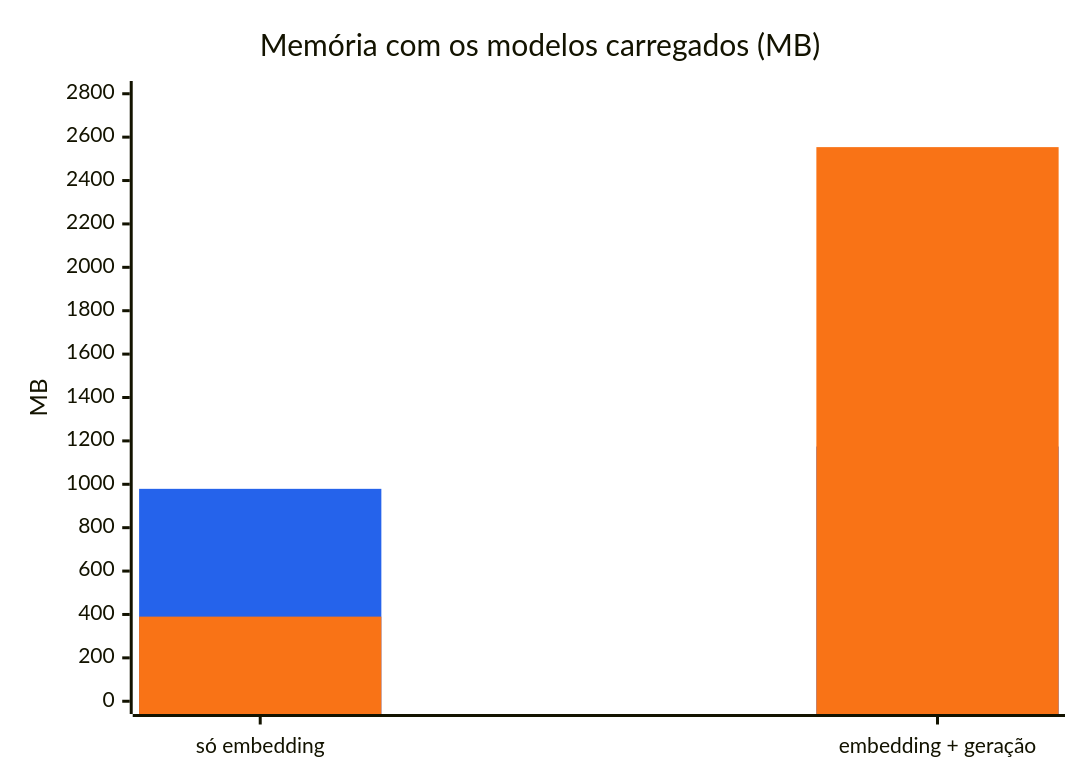
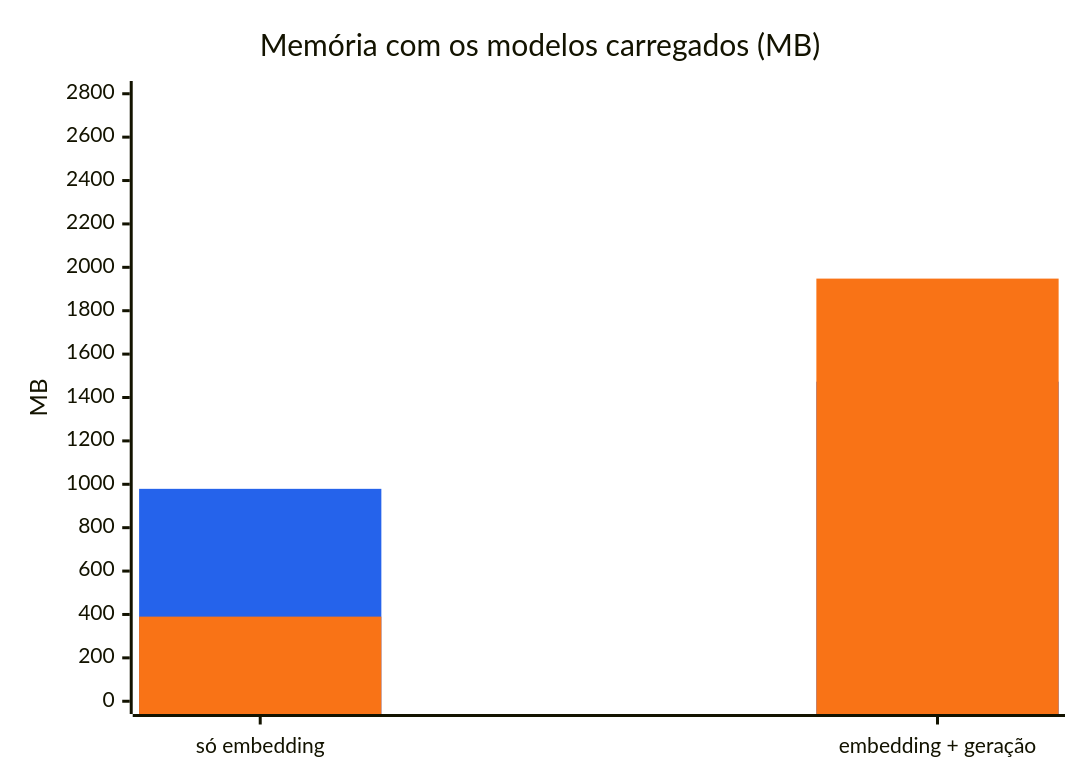
One commit to Chipskein/cade changed the tenth of 10 diagrams in docs/BENCHMARKS.md. Above: the diagram before and after it, drawn with Mermaid. The commit also changed other lines of this file and 32 other files, not shown here.

````diff
--- a/docs/BENCHMARKS.md
+++ b/docs/BENCHMARKS.md
@@ -175,14 +186,14 @@
 ```mermaid
 ---
 config:
   themeVariables:
     xyChart:
       plotColorPalette: "#2563eb, #f97316"
 ---
 xychart-beta
   title "Memória com os modelos carregados (MB)"
   x-axis ["só embedding", "embedding + geração"]
   y-axis "MB" 0 --> 2800
-  bar [979, 1174]
-  bar [390, 2554]
+  bar [979, 1473]
+  bar [390, 1948]
 ```
````
